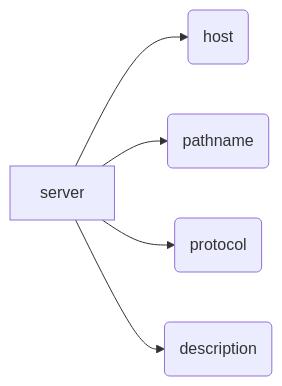
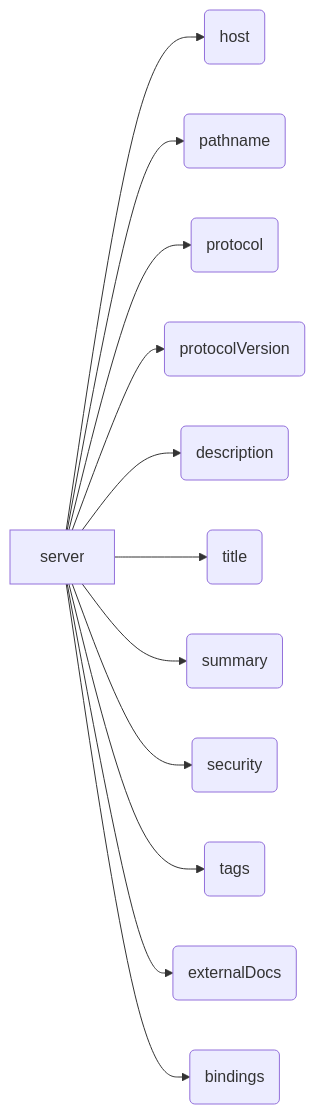
One commit to asyncapi/website changed the third of 6 diagrams in pages/docs/concepts/asyncapi-document/structure.md. Above: the diagram before and after it, drawn with Mermaid. The commit also changed other lines of this file, not shown here.

````diff
--- a/pages/docs/concepts/asyncapi-document/structure.md
+++ b/pages/docs/concepts/asyncapi-document/structure.md
@@ -109,13 +110,27 @@
 ```mermaid
 graph LR
   A[server]
   B(host)
   C(pathname)
   D(protocol)
-  E(description)
+  E(protocolVersion)
+  F(description)
+  G(title)
+  H(summary)
+  I(security)
+  J(tags)
+  K(externalDocs)
+  L(bindings)
 
   A --> B
   A --> C
   A --> D
   A --> E
+  A --> F
+  A --> G
+  A --> H
+  A --> I
+  A --> J
+  A --> K
+  A --> L
 ```
````
